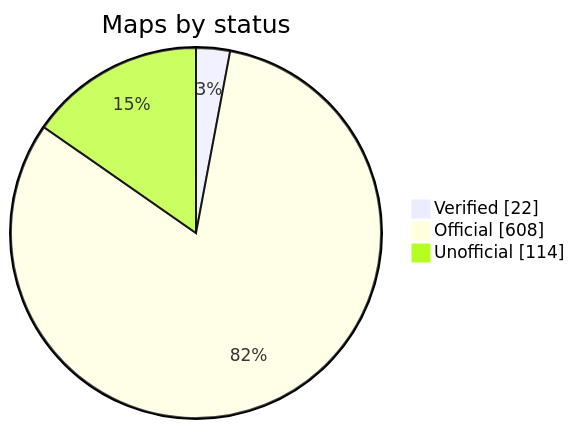
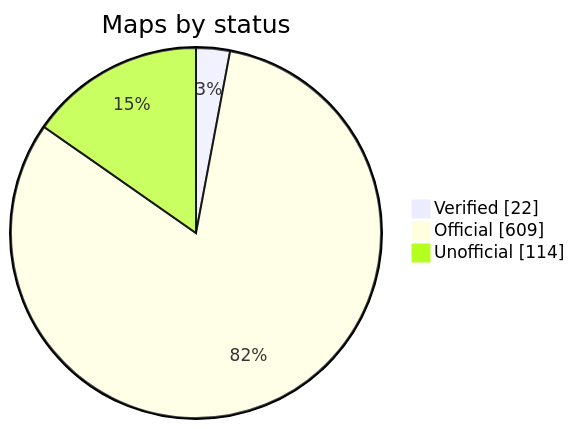
Before and after one commit to nobrega8/mbmap-library: the diagram in README.md, drawn with Mermaid. The commit also changed 6 other files, not shown here.

````diff
--- a/README.md
+++ b/README.md
@@ -52,7 +52,7 @@
 ```mermaid
 pie showData
     title Maps by status
     "Verified" : 22
-    "Official" : 608
+    "Official" : 609
     "Unofficial" : 114
 ```
````
